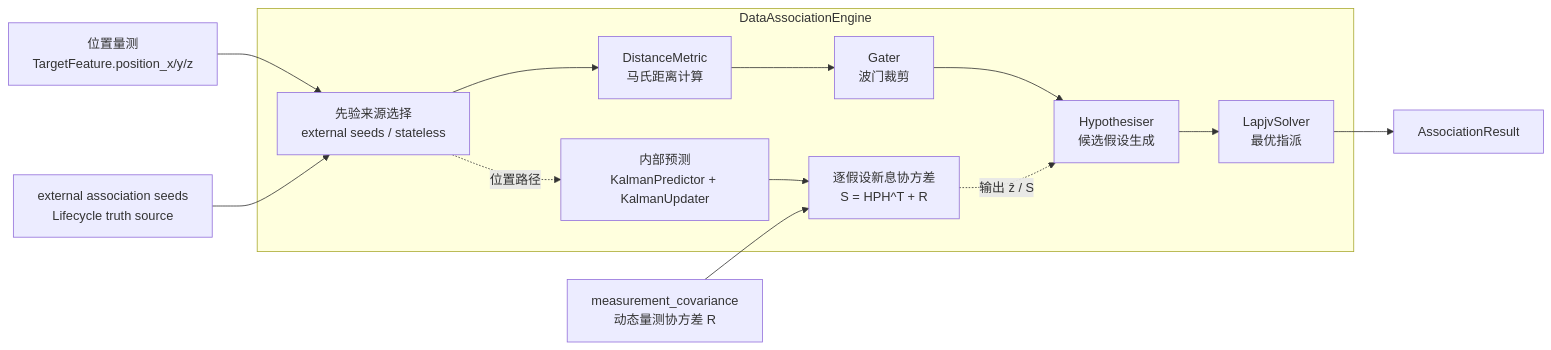
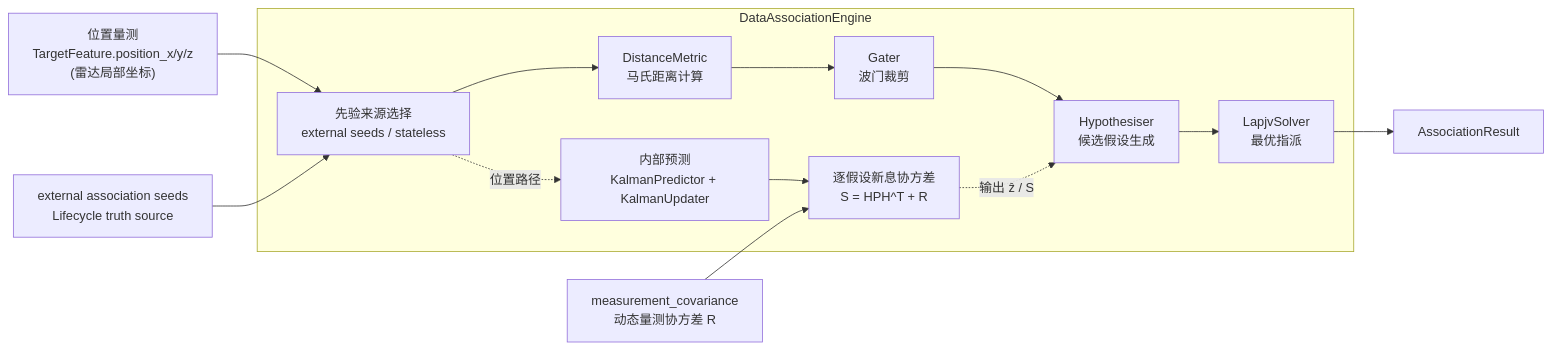
One commit to boilwater-3/1q changed the second of 6 diagrams in doc/architecture/signal/signal-algorithms.md. Above: the diagram before and after it, drawn with Mermaid. The commit also changed other lines of this file and 16 other files, not shown here.

````diff
--- a/doc/architecture/signal/signal-algorithms.md
+++ b/doc/architecture/signal/signal-algorithms.md
@@ -72,17 +83,17 @@
 ```mermaid
 flowchart LR
     subgraph DataAssociationEngine
         MODE["先验来源选择<br/>external seeds / stateless"]
         PRED["内部预测<br/>KalmanPredictor + KalmanUpdater"]
         INNOV["逐假设新息协方差<br/>S = HPH^T + R"]
         M["DistanceMetric<br/>马氏距离计算"] --> G["Gater<br/>波门裁剪"]
         G --> H["Hypothesiser<br/>候选假设生成"]
         H --> S["LapjvSolver<br/>最优指派"]
     end
-    DET["位置量测<br/>TargetFeature.position_x/y/z"] --> MODE
+    DET["位置量测<br/>TargetFeature.position_x/y/z<br/>(雷达局部坐标)"] --> MODE
     EXT["external association seeds<br/>Lifecycle truth source"] --> MODE
     MEAS_COV["measurement_covariance<br/>动态量测协方差 R"] --> INNOV
     MODE --> M
     MODE -. 位置路径 .-> PRED --> INNOV -. 输出 ẑ / S .-> H
     S --> OUTPUT["AssociationResult"]
 ```
````
